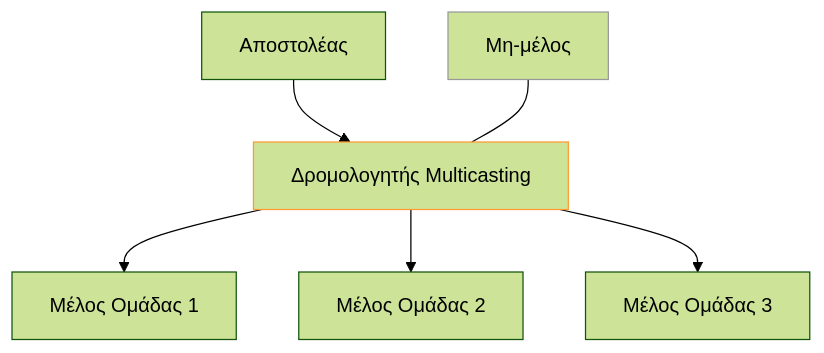
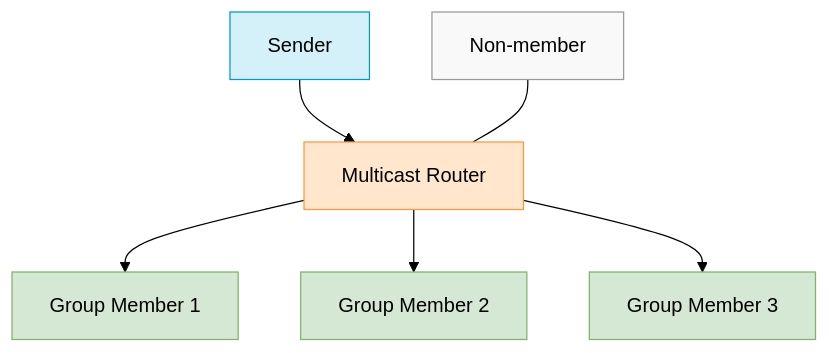
The first of 4 diagrams in Year_1/Semester_2/NETWORKING/Resources/Notes/6. IGMP.md (PanagopoulosNikolaos/DitOpenNotes), drawn with Mermaid (forest theme) before and after one commit. The commit also changed other lines of this file and 61 other files, not shown here.

````diff
--- a/Year_1/Semester_2/NETWORKING/Resources/Notes/6. IGMP.md
+++ b/Year_1/Semester_2/NETWORKING/Resources/Notes/6. IGMP.md
@@ -16,14 +16,14 @@
 ```Mermaid
 graph TD
-    A[Αποστολέας] --> B[Δρομολογητής Multicasting]
-    B --> C[Μέλος Ομάδας 1]
-    B --> D[Μέλος Ομάδας 2]
-    B --> E[Μέλος Ομάδας 3]
-    F[Μη-μέλος] --- B
-    style F fill:\#f9f9f9,stroke:#999
-    style A fill:\#d4f1f9,stroke:\#0099cc
-    style B fill:\#ffe6cc,stroke:#ff9933
-    style C fill:\#d5e8d4,stroke:\#82b366
-    style D fill:\#d5e8d4,stroke:\#82b366
-    style E fill:\#d5e8d4,stroke:\#82b366
+    A[Sender] --> B[Multicast Router]
+    B --> C[Group Member 1]
+    B --> D[Group Member 2]
+    B --> E[Group Member 3]
+    F[Non-member] --- B
+    style F fill:#f9f9f9,stroke:#999
+    style A fill:#d4f1f9,stroke:#0099cc
+    style B fill:#ffe6cc,stroke:#ff9933
+    style C fill:#d5e8d4,stroke:#82b366
+    style D fill:#d5e8d4,stroke:#82b366
+    style E fill:#d5e8d4,stroke:#82b366
 ```
````
